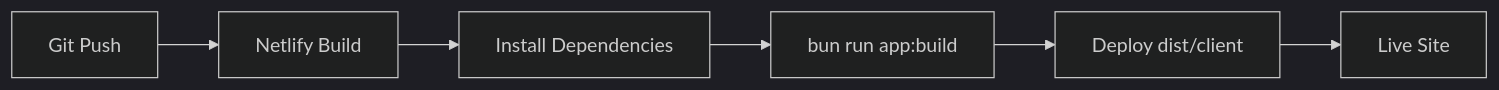
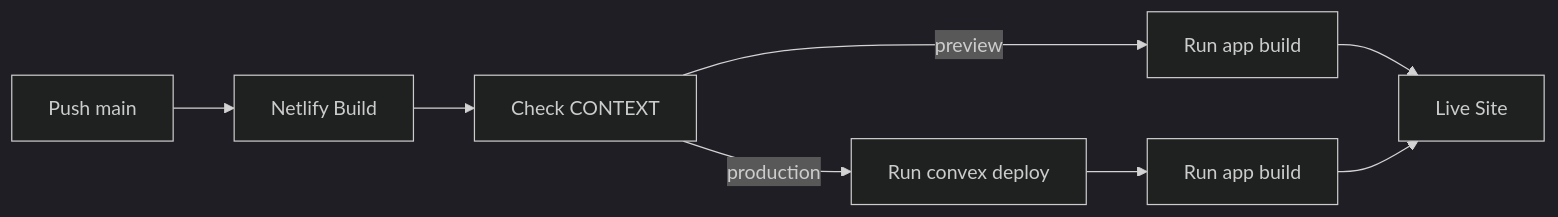
Before and after one commit to ndelangen/tanstack-start: the diagram in docs/deployment.md, drawn with Mermaid (dark theme). The commit also changed other lines of this file and 1 other file, not shown here.

First line of the commit message:
Update Netlify configuration and deployment documentation

````diff
--- a/docs/deployment.md
+++ b/docs/deployment.md
@@ -44,8 +56,10 @@
 ```mermaid
 flowchart LR
-    Git[Git Push] --> Netlify[Netlify Build]
-    Netlify --> Install[Install Dependencies]
-    Install --> Build[bun run app:build]
-    Build --> Deploy[Deploy dist/client]
-    Deploy --> Live[Live Site]
+    Git[Push main] --> Netlify[Netlify Build]
+    Netlify --> ContextCheck[Check CONTEXT]
+    ContextCheck -->|"preview"| BuildOnly[Run app build]
+    ContextCheck -->|"production"| ConvexDeploy[Run convex deploy]
+    ConvexDeploy --> BuildAfter[Run app build]
+    BuildOnly --> Live[Live Site]
+    BuildAfter --> Live[Live Site]
 ```
````
